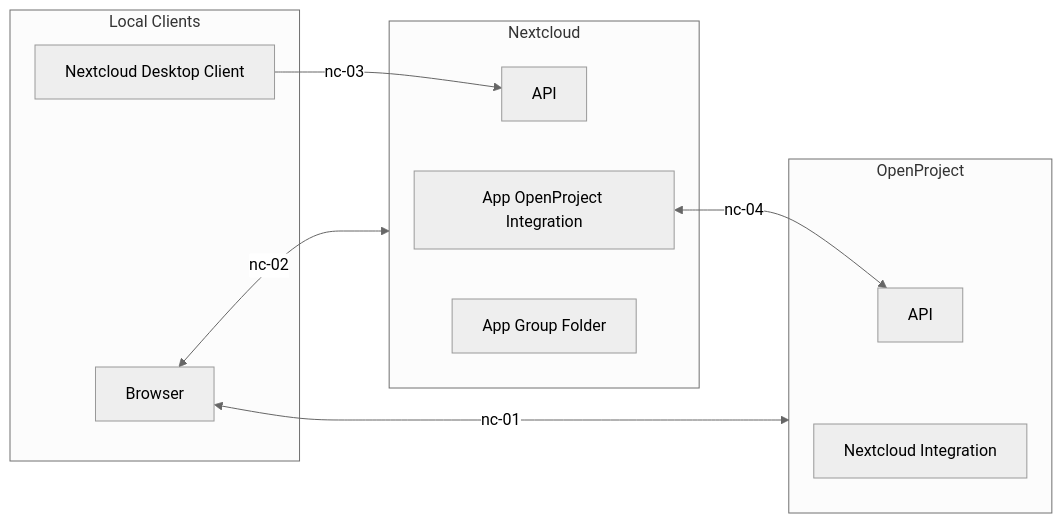
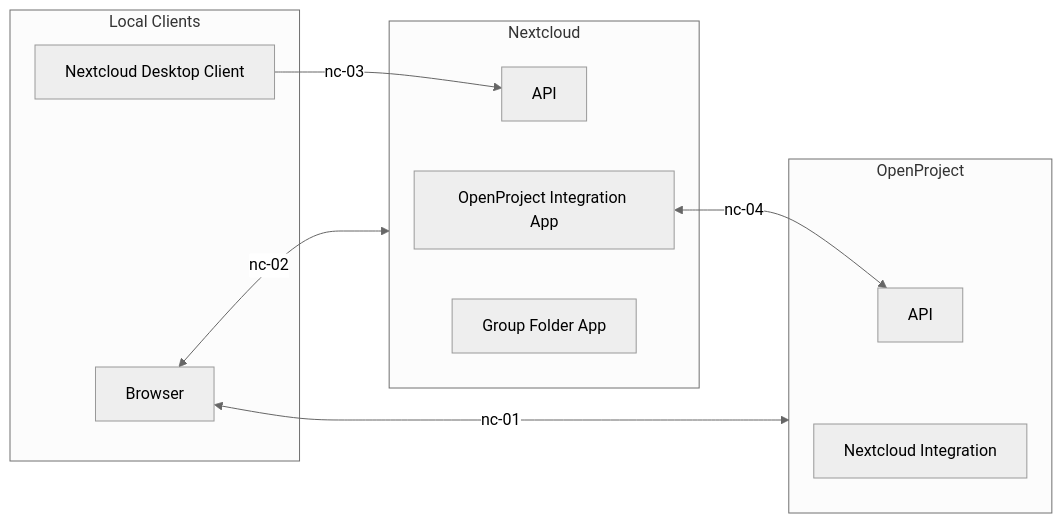
Before and after one commit to opf/openproject: the fifth of 6 diagrams in docs/development/data-flow/README.md, drawn with Mermaid. The commit also changed other lines of this file, not shown here.

Commit message:
Disclaimer

````diff
--- a/docs/development/data-flow/README.md
+++ b/docs/development/data-flow/README.md
@@ -320,26 +324,26 @@
 ```mermaid
 %%{init: {'theme':'neutral'}}%%
 flowchart LR
   Browser <--> |nc-01| openproject
   Browser <-->|nc-02| nextcloud
   nextclouddesktopclient[Nextcloud Desktop Client] -->|nc-03| nextcloudapi
   appopenprojectintegration <-->|nc-04| openprojectapi
   
   subgraph local[Local Clients]
   	Browser
   	nextclouddesktopclient
    end
 
 subgraph openproject[OpenProject]
    
   	opnextcloudintegrattion[Nextcloud Integration]
   	openprojectapi[API]
   		end
 
   subgraph nextcloud[Nextcloud]
-  	groupfolder[App Group Folder]
-  	appopenprojectintegration[App OpenProject Integration]
+  	groupfolder[Group Folder App]
+  	appopenprojectintegration[OpenProject Integration App]
   	nextcloudapi[API]
 	end 
   
 ```
````
